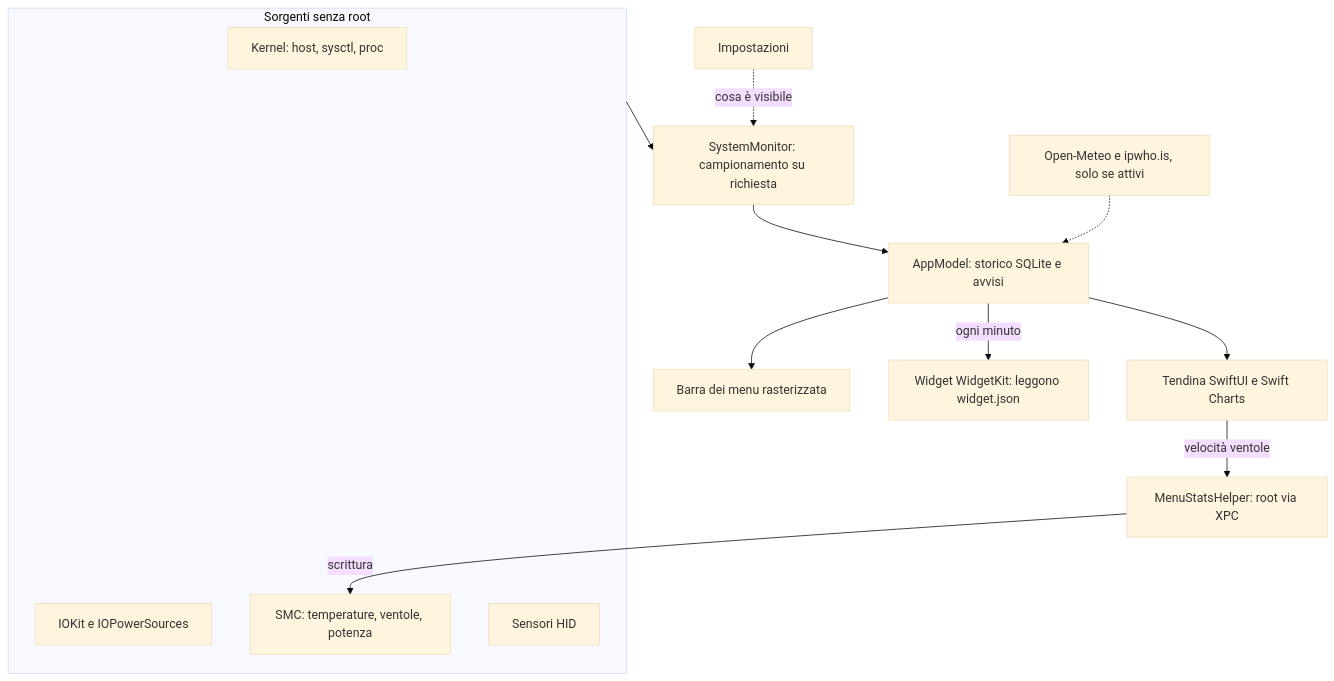
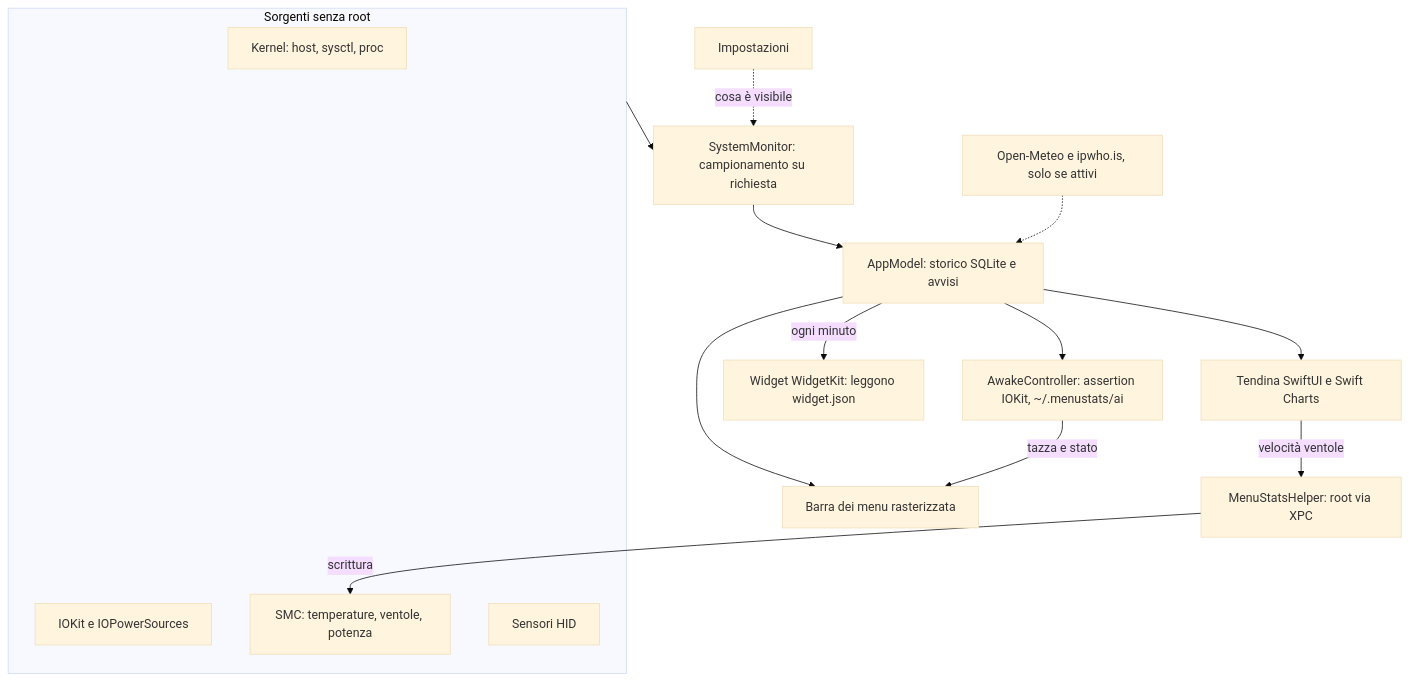
One commit to alessandro-guttadauro/MenuStats changed the diagram in README.md. Above: the diagram before and after it, drawn with Mermaid (base theme). The commit also changed other lines of this file and 12 other files, not shown here.

````diff
--- a/README.md
+++ b/README.md
@@ -214,27 +313,30 @@
 ```mermaid
 flowchart TB
     subgraph SRC [Sorgenti senza root]
         K[Kernel: host, sysctl, proc]
         IO[IOKit e IOPowerSources]
         SMC[SMC: temperature, ventole, potenza]
         HID[Sensori HID]
     end
     SM[SystemMonitor: campionamento su richiesta]
     AM[AppModel: storico SQLite e avvisi]
     SB[Barra dei menu rasterizzata]
     DP[Tendina SwiftUI e Swift Charts]
     ST[Impostazioni]
+    AW["AwakeController: assertion IOKit, ~/.menustats/ai"]
     H[MenuStatsHelper: root via XPC]
     W[Open-Meteo e ipwho.is, solo se attivi]
     WG[Widget WidgetKit: leggono widget.json]
 
     SRC --> SM
     SM --> AM
     AM --> SB
     AM --> DP
+    AM --> AW
+    AW -->|tazza e stato| SB
     AM -->|ogni minuto| WG
     W -.-> AM
     ST -.->|cosa è visibile| SM
     DP -->|velocità ventole| H
     H -->|scrittura| SMC
 ```
````
